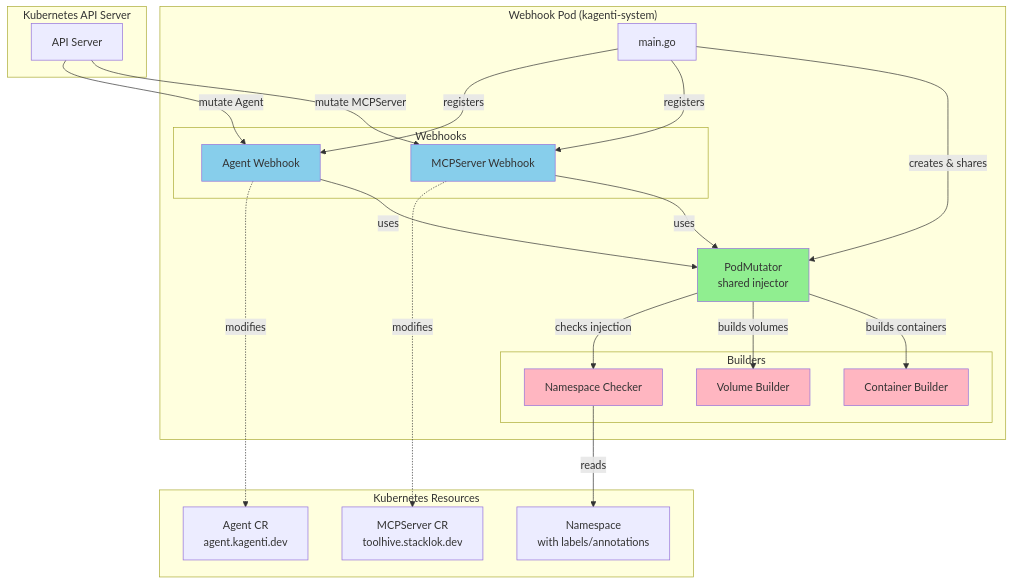
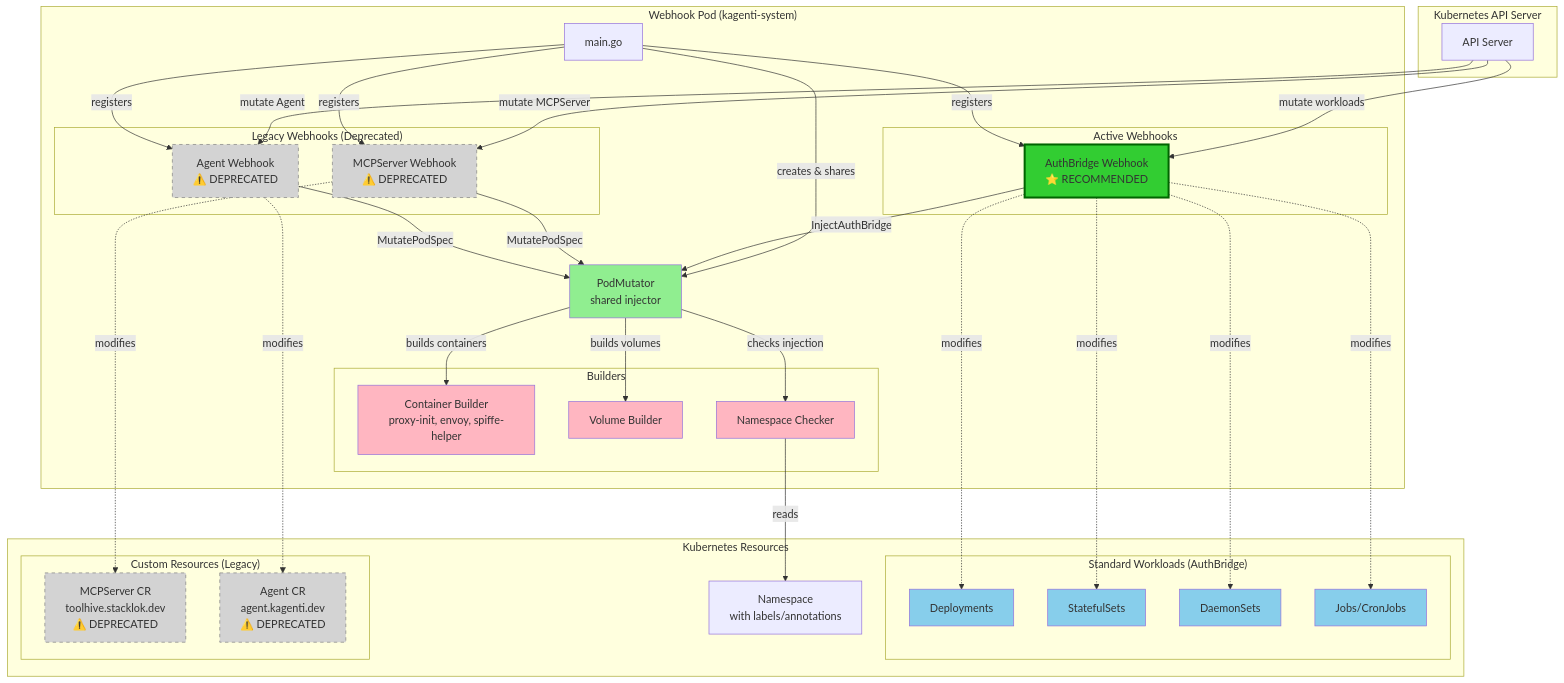
One commit to maia-iyer/kagenti-extensions changed the first of 5 diagrams in kagenti-webhook/ARCHITECTURE.md. Above: the diagram before and after it, drawn with Mermaid. The commit also changed other lines of this file and 2 other files, not shown here.

Commit message:
Update documentation to deprecate Agent and MCPServer webhookd and add AuthBridge webhook

````diff
--- a/kagenti-webhook/ARCHITECTURE.md
+++ b/kagenti-webhook/ARCHITECTURE.md
@@ -7,53 +11,81 @@
 ```mermaid
 graph TB
     subgraph "Kubernetes API Server"
         API[API Server]
     end
 
     subgraph "Webhook Pod (kagenti-system)"
         MAIN[main.go]
         MUTATOR[PodMutator<br/>shared injector]
 
-        subgraph "Webhooks"
-            MCP[MCPServer Webhook]
-            AGENT[Agent Webhook]
+        subgraph "Active Webhooks"
+            AUTH[AuthBridge Webhook<br/>⭐ RECOMMENDED]
+        end
+
+        subgraph "Legacy Webhooks (Deprecated)"
+            MCP[MCPServer Webhook<br/>⚠️ DEPRECATED]
+            AGENT[Agent Webhook<br/>⚠️ DEPRECATED]
         end
 
         subgraph "Builders"
-            CONT[Container Builder]
+            CONT[Container Builder<br/>proxy-init, envoy, spiffe-helper]
             VOL[Volume Builder]
             NS[Namespace Checker]
         end
     end
 
     subgraph "Kubernetes Resources"
-        MCPCR[MCPServer CR<br/>toolhive.stacklok.dev]
-        AGENTCR[Agent CR<br/>agent.kagenti.dev]
+        subgraph "Standard Workloads (AuthBridge)"
+            DEPLOY[Deployments]
+            STS[StatefulSets]
+            DS[DaemonSets]
+            JOB[Jobs/CronJobs]
+        end
+
+        subgraph "Custom Resources (Legacy)"
+            MCPCR[MCPServer CR<br/>toolhive.stacklok.dev<br/>⚠️ DEPRECATED]
+            AGENTCR[Agent CR<br/>agent.kagenti.dev<br/>⚠️ DEPRECATED]
+        end
+
         NAMESPACE[Namespace<br/>with labels/annotations]
     end
 
+    API -->|mutate workloads| AUTH
     API -->|mutate MCPServer| MCP
     API -->|mutate Agent| AGENT
 
     MAIN -->|creates & shares| MUTATOR
+    MAIN -->|registers| AUTH
     MAIN -->|registers| MCP
     MAIN -->|registers| AGENT
 
-    MCP -->|uses| MUTATOR
-    AGENT -->|uses| MUTATOR
+    AUTH -->|InjectAuthBridge| MUTATOR
+    MCP -->|MutatePodSpec| MUTATOR
+    AGENT -->|MutatePodSpec| MUTATOR
 
     MUTATOR -->|builds containers| CONT
     MUTATOR -->|builds volumes| VOL
     MUTATOR -->|checks injection| NS
 
     NS -->|reads| NAMESPACE
+    AUTH -.->|modifies| DEPLOY
+    AUTH -.->|modifies| STS
+    AUTH -.->|modifies| DS
+    AUTH -.->|modifies| JOB
     MCP -.->|modifies| MCPCR
     AGENT -.->|modifies| AGENTCR
 
     style MUTATOR fill:#90EE90
-    style MCP fill:#87CEEB
-    style AGENT fill:#87CEEB
+    style AUTH fill:#32CD32,stroke:#006400,stroke-width:3px
+    style MCP fill:#D3D3D3,stroke:#808080,stroke-dasharray: 5 5
+    style AGENT fill:#D3D3D3,stroke:#808080,stroke-dasharray: 5 5
     style CONT fill:#FFB6C1
     style VOL fill:#FFB6C1
     style NS fill:#FFB6C1
+    style DEPLOY fill:#87CEEB
+    style STS fill:#87CEEB
+    style DS fill:#87CEEB
+    style JOB fill:#87CEEB
+    style MCPCR fill:#D3D3D3,stroke:#808080,stroke-dasharray: 5 5
+    style AGENTCR fill:#D3D3D3,stroke:#808080,stroke-dasharray: 5 5
 ```
````
